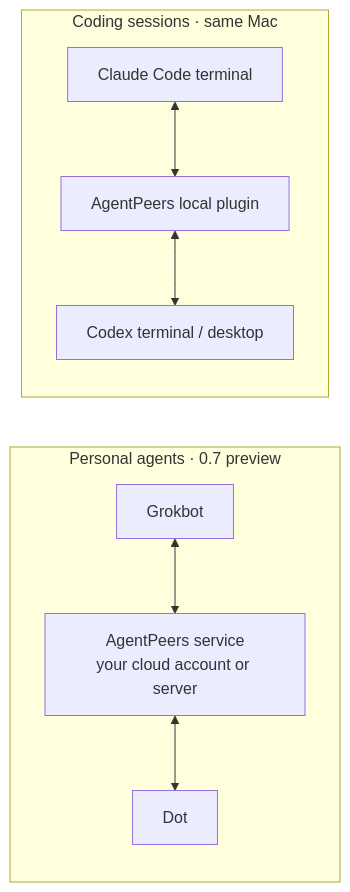
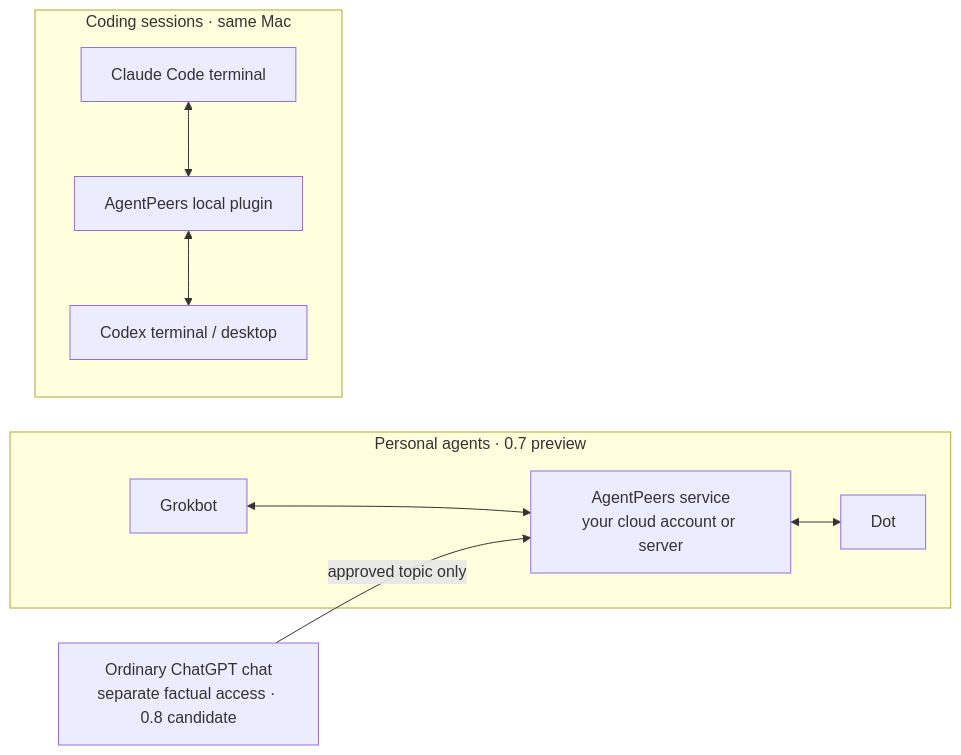
The diagram in README.md (cshenx/agentpeers), drawn with Mermaid before and after one commit. The commit also changed other lines of this file, not shown here.

Commit message:
Make factual context setup discoverable with accurate acceptance status

````diff
--- a/README.md
+++ b/README.md
@@ -93,11 +102,12 @@
 ```mermaid
 flowchart LR
     subgraph personal["Personal agents · 0.7 preview"]
         G["Grokbot"] <--> P["AgentPeers service<br/>your cloud account or server"]
         P <--> D["Dot"]
     end
+    Q["Ordinary ChatGPT chat<br/>separate factual access · 0.8 candidate"] -->|"approved topic only"| P
     subgraph coding["Coding sessions · same Mac"]
         A["Claude Code terminal"] <--> L["AgentPeers local plugin"]
         L <--> C["Codex terminal / desktop"]
     end
 ```
````
